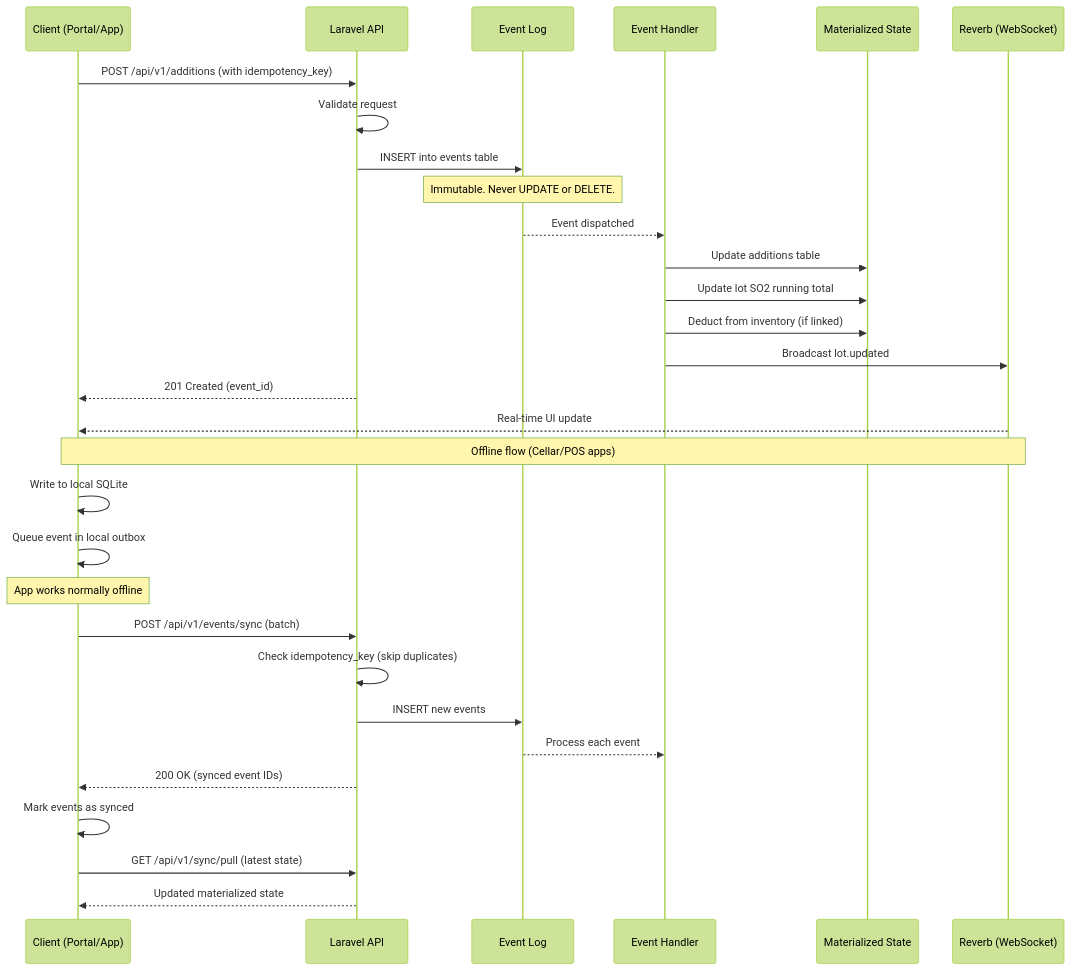
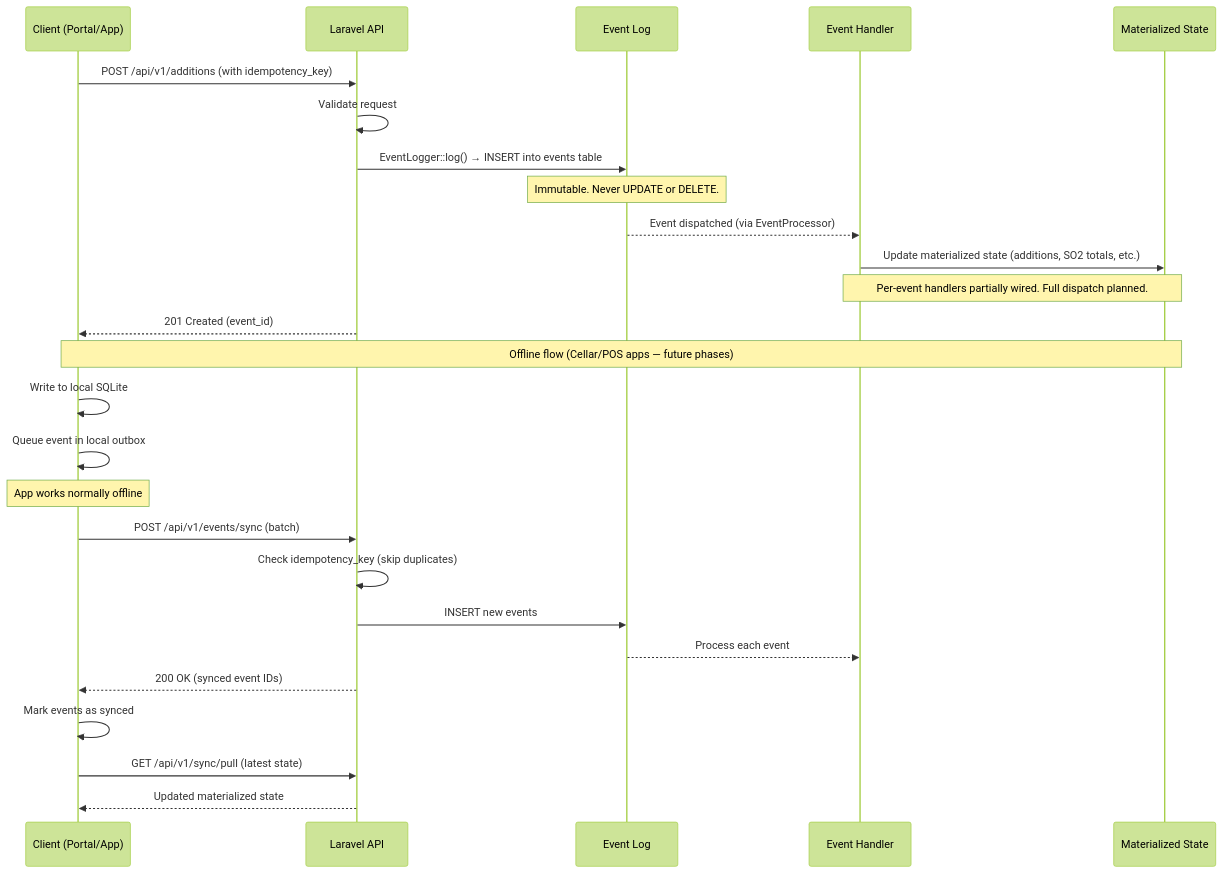
One commit to KoldenAxelson/VineSuite changed the diagram in docs/diagrams/event-flow.mermaid. Above: the diagram before and after it, drawn with Mermaid (forest theme). The commit also changed 38 other files, not shown here.

```diff
--- a/docs/diagrams/event-flow.mermaid
+++ b/docs/diagrams/event-flow.mermaid
@@ -1,33 +1,29 @@
 sequenceDiagram
     participant Client as Client (Portal/App)
     participant API as Laravel API
     participant EL as Event Log
     participant Handler as Event Handler
     participant State as Materialized State
-    participant WS as Reverb (WebSocket)
 
     Client->>API: POST /api/v1/additions (with idempotency_key)
     API->>API: Validate request
-    API->>EL: INSERT into events table
+    API->>EL: EventLogger::log() → INSERT into events table
     Note over EL: Immutable. Never UPDATE or DELETE.
-    EL-->>Handler: Event dispatched
-    Handler->>State: Update additions table
-    Handler->>State: Update lot SO2 running total
-    Handler->>State: Deduct from inventory (if linked)
-    Handler->>WS: Broadcast lot.updated
+    EL-->>Handler: Event dispatched (via EventProcessor)
+    Handler->>State: Update materialized state (additions, SO2 totals, etc.)
+    Note over Handler,State: Per-event handlers partially wired. Full dispatch planned.
     API-->>Client: 201 Created (event_id)
-    WS-->>Client: Real-time UI update
 
-    Note over Client,WS: Offline flow (Cellar/POS apps)
+    Note over Client,State: Offline flow (Cellar/POS apps — future phases)
 
     Client->>Client: Write to local SQLite
     Client->>Client: Queue event in local outbox
     Note over Client: App works normally offline
     Client->>API: POST /api/v1/events/sync (batch)
     API->>API: Check idempotency_key (skip duplicates)
     API->>EL: INSERT new events
     EL-->>Handler: Process each event
     API-->>Client: 200 OK (synced event IDs)
     Client->>Client: Mark events as synced
     Client->>API: GET /api/v1/sync/pull (latest state)
     API-->>Client: Updated materialized state
```
